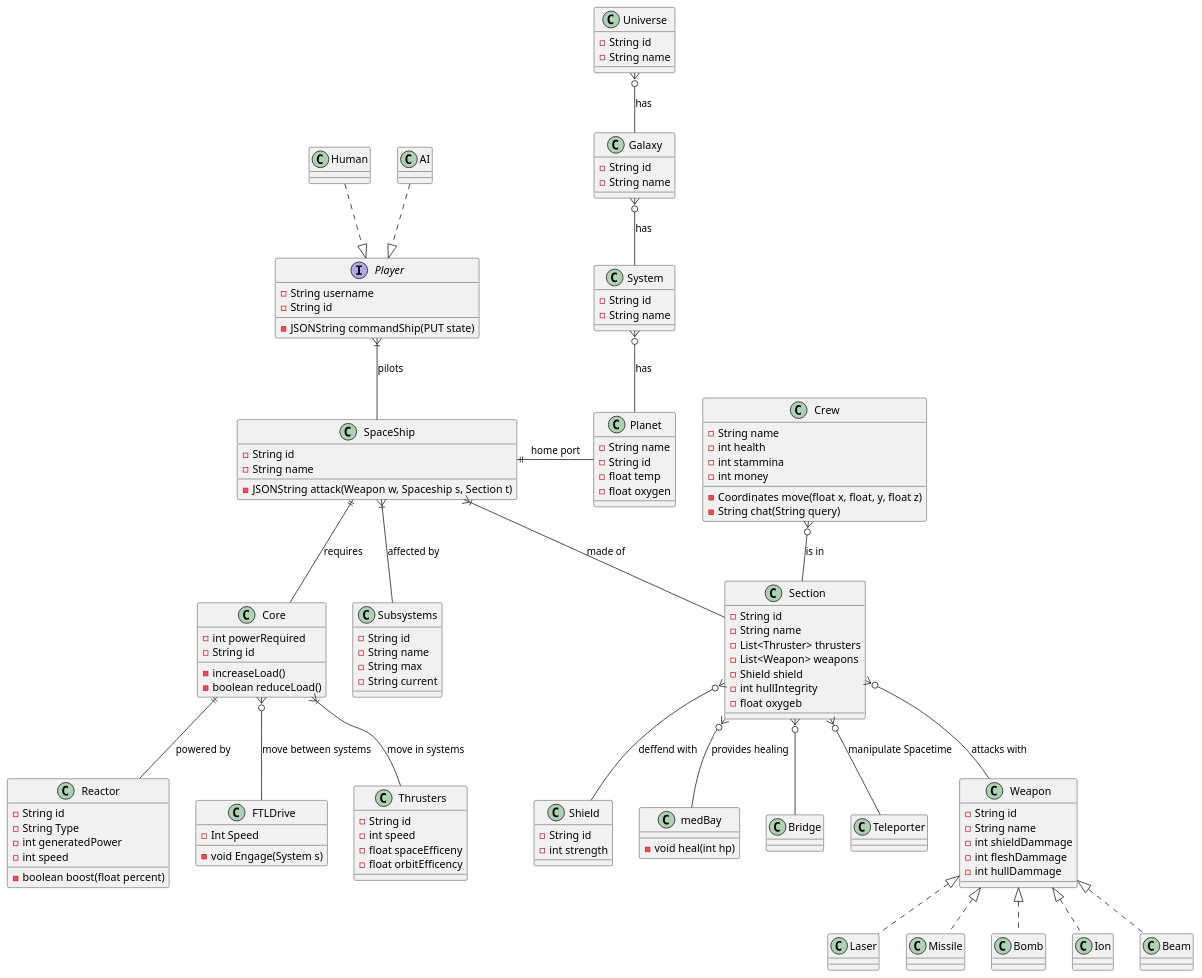
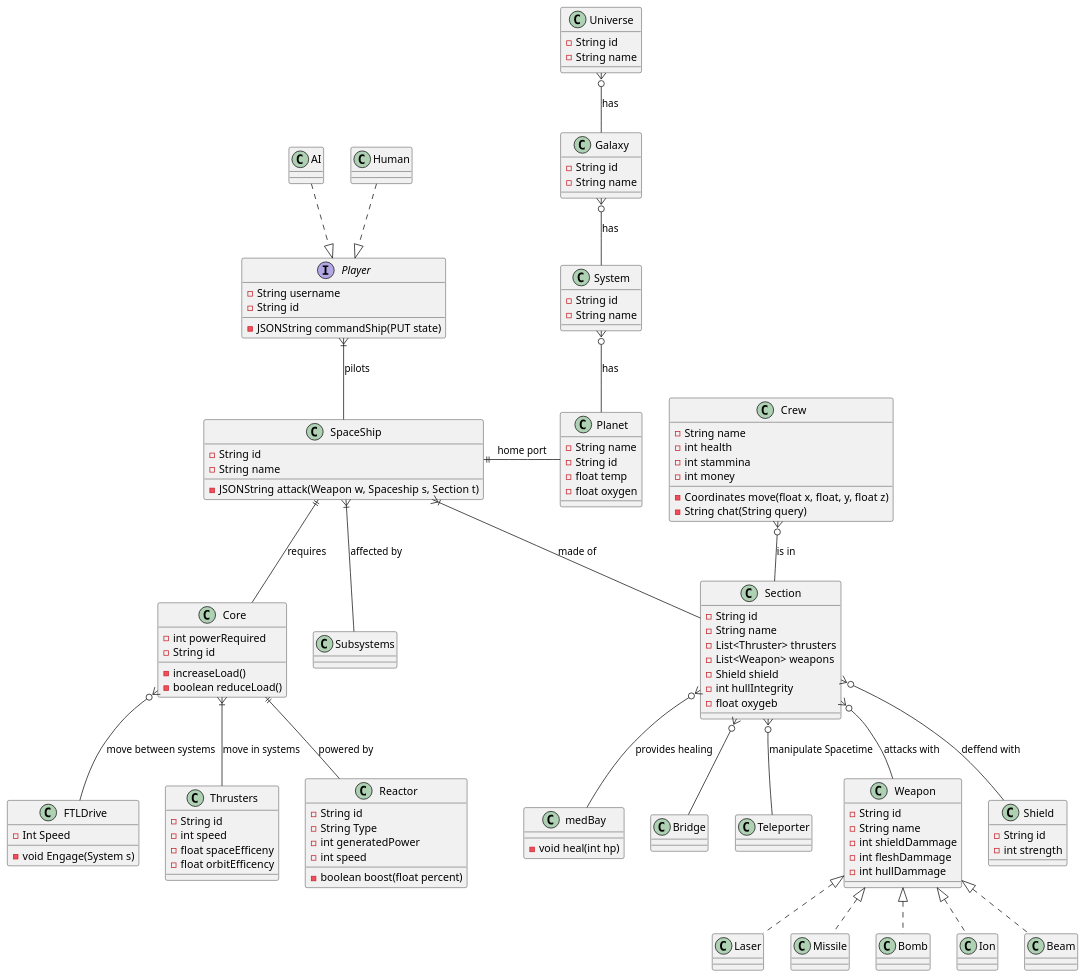
One commit to ksreyr/SpaceStudio changed the third of 3 diagrams in docs/model.org. Above: the diagram before and after it, drawn with PlantUML. The commit also changed other lines of this file and 2 other files, not shown here.

```diff
--- a/docs/model.org
+++ b/docs/model.org
@@ -210,13 +205,6 @@
   - void Engage(System s)
 }
 
-
-class Subsystems {
-  - String id
-  - String name
-  - String max
-  - String current
-}
 
 class Shield {
    - String id
```
